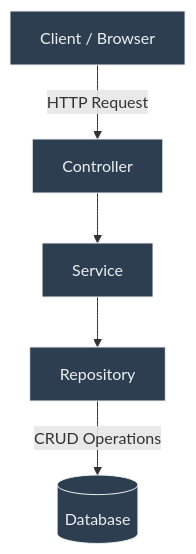
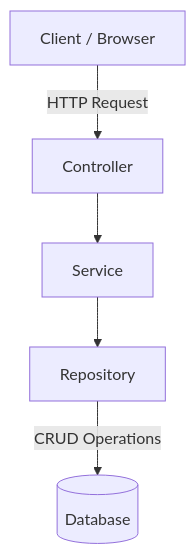
One commit to OrifInformatique/template_frontback changed the first of 2 diagrams in doc/process-documentation.md. Above: the diagram before and after it, drawn with Mermaid. The commit also changed other lines of this file and 1 other file, not shown here.

Commit message:
feat: modified security diagramme

````diff
--- a/doc/process-documentation.md
+++ b/doc/process-documentation.md
@@ -37,10 +37,8 @@
 ``` mermaid
 graph TD
     A[Client / Browser] -->|HTTP Request| B[Controller]
     B --> C[Service]
     C --> D[Repository]
     D -->|CRUD Operations| E[(Database)]
-    
-    classDef layer fill:#2c3e50,stroke:#ecf0f1,stroke-width:1px,color:#ecf0f1;
     class A,B,C,D,E layer;
 ```
````
